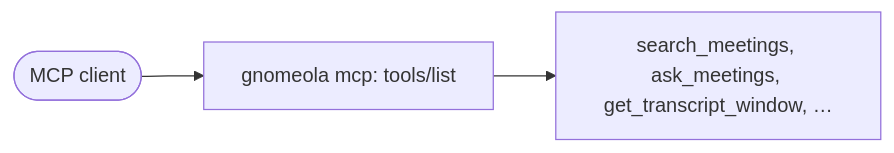
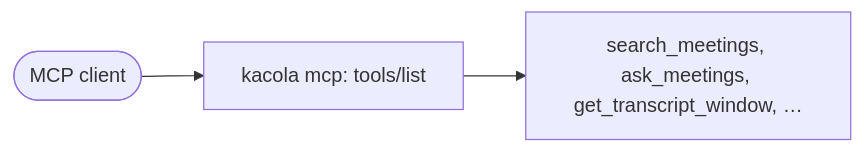
Diagram 28 of 44 in docs/user-stories.md (Kacper-Lubisz/kacola), drawn with Mermaid before and after one commit. The commit also changed other lines of this file and 676 other files, not shown here.

First line of the commit message:
Rename gnomeola to kacola: packages, commands, ids, env vars, paths and text

````diff
--- a/docs/user-stories.md
+++ b/docs/user-stories.md
@@ -741,6 +741,6 @@
 ```mermaid
 flowchart LR
-  A([MCP client]) --> B[gnomeola mcp: tools/list]
+  A([MCP client]) --> B[kacola mcp: tools/list]
   B --> C[search_meetings, ask_meetings, get_transcript_window, …]
   %% shot: B = mcp__tools__list
 ```
````
